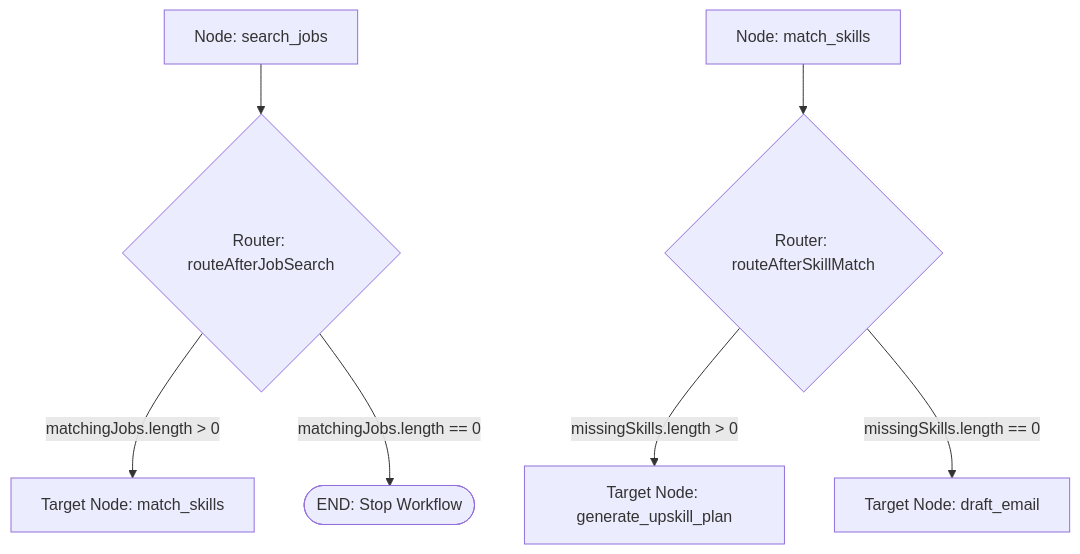
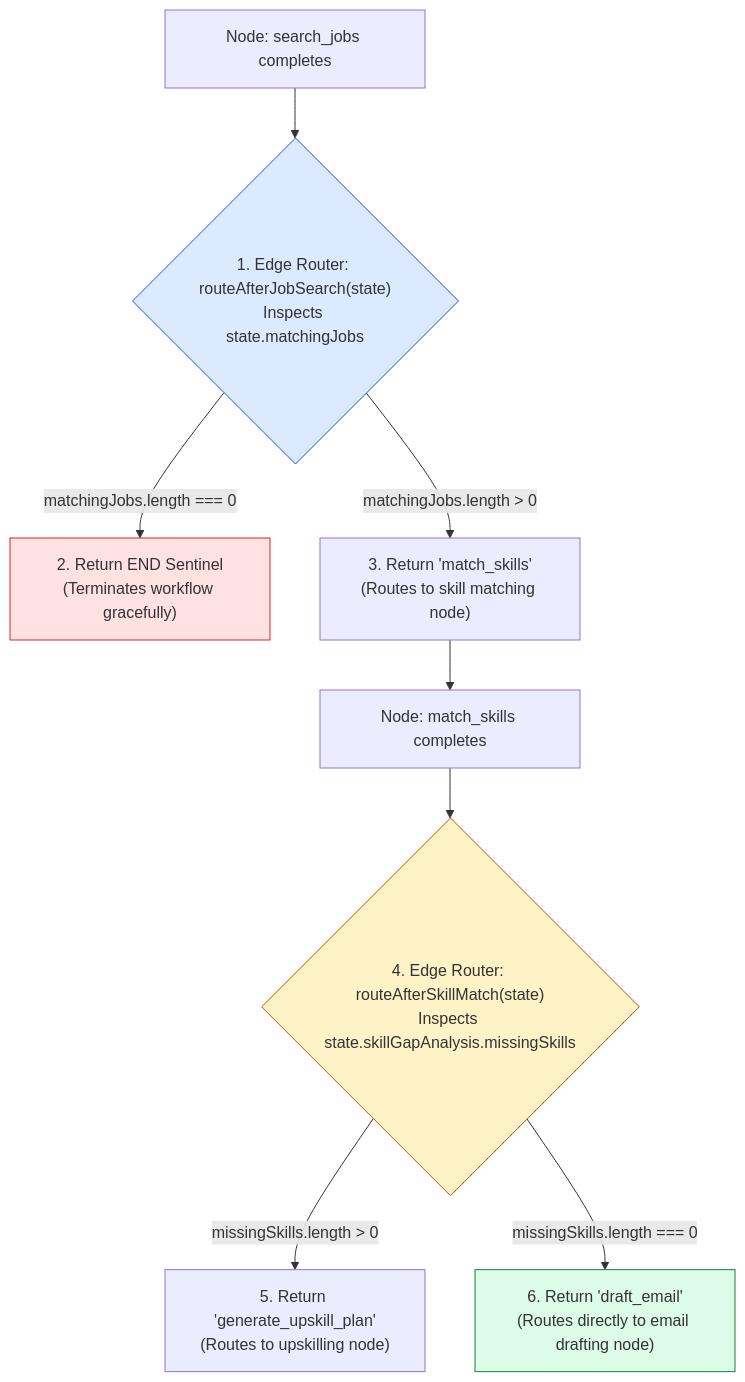
The first of 3 diagrams in agentic-ai-notes/05-karigar-flow/03-conditional-edge-routers.md (Amie-dev/engineering-playbook), drawn with Mermaid before and after one commit. The commit also changed other lines of this file and 12 other files, not shown here.

First line of the commit message:
Refactor Karigar Flow Modules: Enhance Email Drafter, Tracer, Cost Tracker, LangSmith Integration, and Main Runner

````diff
--- a/agentic-ai-notes/05-karigar-flow/03-conditional-edge-routers.md
+++ b/agentic-ai-notes/05-karigar-flow/03-conditional-edge-routers.md
@@ -10,10 +13,21 @@
 ```mermaid
 flowchart TD
-    NodeSearch[Node: search_jobs] --> RouterJobs{Router: routeAfterJobSearch}
-    RouterJobs -- "matchingJobs.length > 0" --> TargetMatch[Target Node: match_skills]
-    RouterJobs -- "matchingJobs.length == 0" --> TargetEnd([END: Stop Workflow])
+    NodeSearch["Node: search_jobs completes"] --> RouterJobs{"1. Edge Router: routeAfterJobSearch(state)<br/>Inspects state.matchingJobs"}
 
-    NodeMatch[Node: match_skills] --> RouterGap{Router: routeAfterSkillMatch}
-    RouterGap -- "missingSkills.length > 0" --> TargetUpskill[Target Node: generate_upskill_plan]
-    RouterGap -- "missingSkills.length == 0" --> TargetEmail[Target Node: draft_email]
+    RouterJobs -- "matchingJobs.length === 0" --> EndNoJobs["2. Return END Sentinel<br/>(Terminates workflow gracefully)"]
+
+    RouterJobs -- "matchingJobs.length > 0" --> TargetMatch["3. Return 'match_skills'<br/>(Routes to skill matching node)"]
+
+    TargetMatch --> NodeMatch["Node: match_skills completes"]
+
+    NodeMatch --> RouterGap{"4. Edge Router: routeAfterSkillMatch(state)<br/>Inspects state.skillGapAnalysis.missingSkills"}
+
+    RouterGap -- "missingSkills.length > 0" --> TargetUpskill["5. Return 'generate_upskill_plan'<br/>(Routes to upskilling node)"]
+
+    RouterGap -- "missingSkills.length === 0" --> TargetEmail["6. Return 'draft_email'<br/>(Routes directly to email drafting node)"]
+
+    style RouterJobs fill:#dbeafe,stroke:#1d4ed8
+    style RouterGap fill:#fef3c7,stroke:#b45309
+    style EndNoJobs fill:#fee2e2,stroke:#dc2626
+    style TargetEmail fill:#dcfce7,stroke:#15803d
 ```
````
